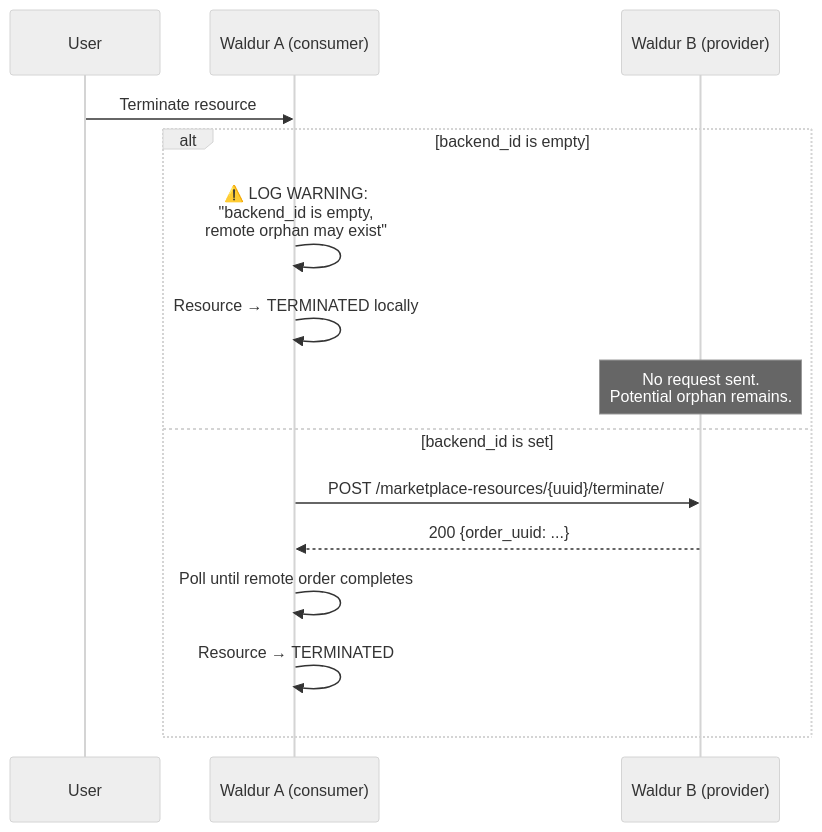
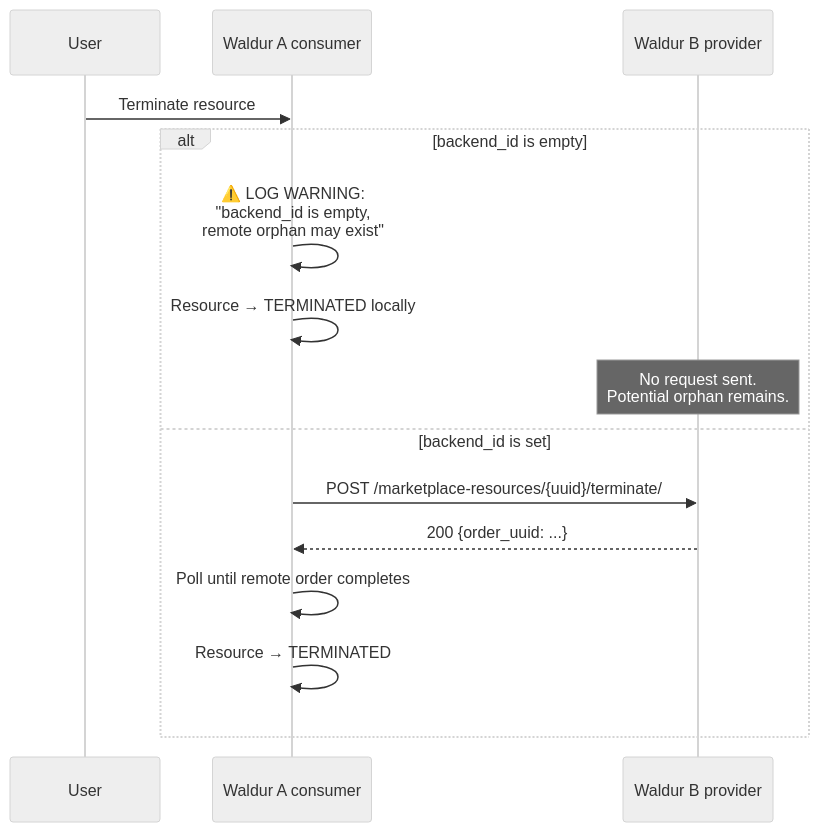
The seventh of 7 diagrams in docs/developer-guide/core-concepts/marketplace-orders.md (waldur/waldur-docs), drawn with Mermaid (neutral theme) before and after one commit. The commit also changed other lines of this file and 34 other files, not shown here.

````diff
--- a/docs/developer-guide/core-concepts/marketplace-orders.md
+++ b/docs/developer-guide/core-concepts/marketplace-orders.md
@@ -660,18 +656,18 @@
 ```mermaid
 sequenceDiagram
     participant User
-    participant WaldurA as Waldur A (consumer)
-    participant WaldurB as Waldur B (provider)
+    participant WaldurA as Waldur A consumer
+    participant WaldurB as Waldur B provider
 
     User->>WaldurA: Terminate resource
     alt backend_id is empty
         WaldurA->>WaldurA: ⚠️ LOG WARNING:<br/>"backend_id is empty,<br/>remote orphan may exist"
         WaldurA->>WaldurA: Resource → TERMINATED locally
         Note over WaldurB: No request sent.<br/>Potential orphan remains.
     else backend_id is set
         WaldurA->>WaldurB: POST /marketplace-resources/{uuid}/terminate/
         WaldurB-->>WaldurA: 200 {order_uuid: ...}
         WaldurA->>WaldurA: Poll until remote order completes
         WaldurA->>WaldurA: Resource → TERMINATED
     end
 ```
````
